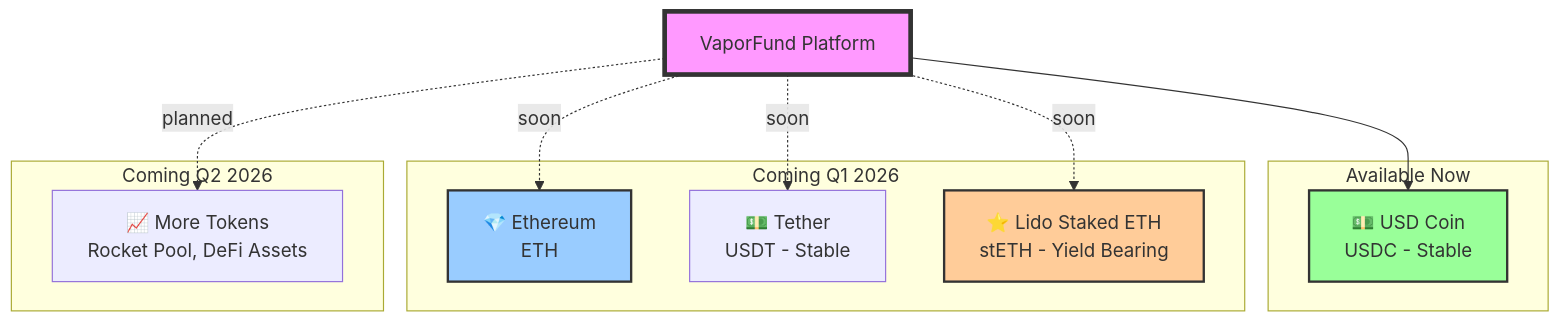
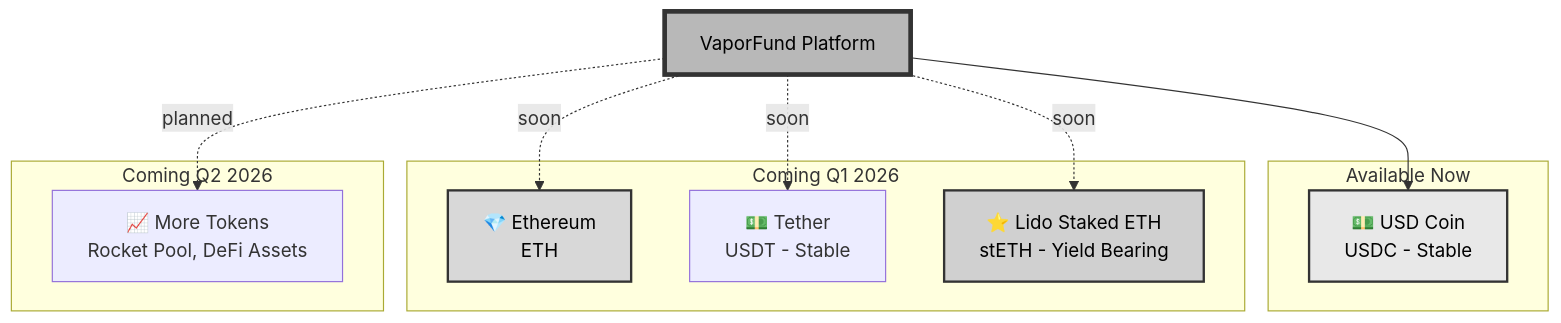
The fourth of 13 diagrams in ARCHITECTURE.md (VaporFund/vapor-staking-platform-docs), drawn with Mermaid before and after one commit. The commit also changed other lines of this file and 1 other file, not shown here.

First line of the commit message:
docs: enhance ARCHITECTURE.md with explanations and grayscale styling

````diff
--- a/ARCHITECTURE.md
+++ b/ARCHITECTURE.md
@@ -116,29 +116,29 @@
 ```mermaid
 graph TB
     VF["VaporFund Platform"]
 
     subgraph Now["Available Now"]
         USDC["💵 USD Coin<br>USDC - Stable"]
     end
 
     subgraph Q1["Coming Q1 2026"]
         ETH["💎 Ethereum<br>ETH"]
         USDT["💵 Tether<br>USDT - Stable"]
         STETH["⭐ Lido Staked ETH<br>stETH - Yield Bearing"]
     end
 
     subgraph Q2["Coming Q2 2026"]
         MORE["📈 More Tokens<br>Rocket Pool, DeFi Assets"]
     end
 
     VF --> USDC
     VF -.soon.-> ETH
     VF -.soon.-> USDT
     VF -.soon.-> STETH
     VF -.planned.-> MORE
 
-    style VF fill:#f9f,stroke:#333,stroke-width:4px
-    style USDC fill:#9f9,stroke:#333,stroke-width:2px
-    style ETH fill:#9cf,stroke:#333,stroke-width:2px
-    style STETH fill:#fc9,stroke:#333,stroke-width:2px
+    style VF fill:#b8b8b8,stroke:#333,stroke-width:4px,color:#000
+    style USDC fill:#e8e8e8,stroke:#333,stroke-width:2px,color:#000
+    style ETH fill:#d8d8d8,stroke:#333,stroke-width:2px,color:#000
+    style STETH fill:#d0d0d0,stroke:#333,stroke-width:2px,color:#000
 ```
````
